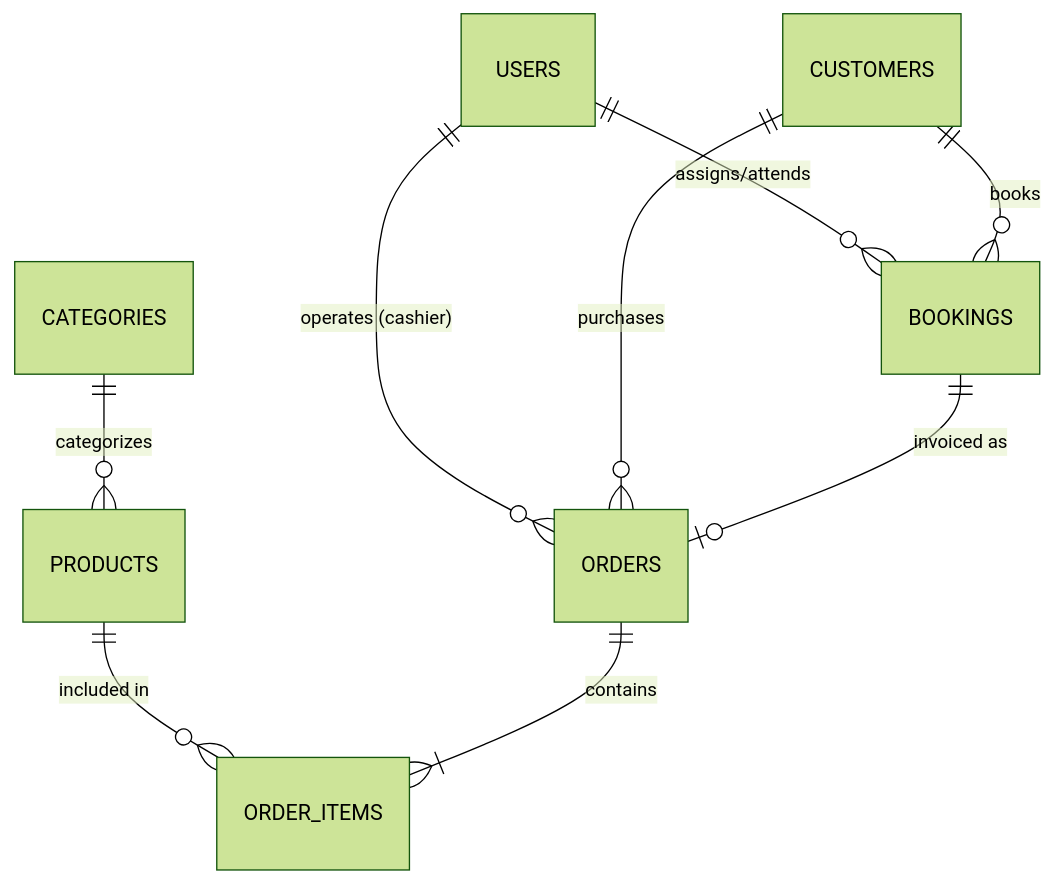
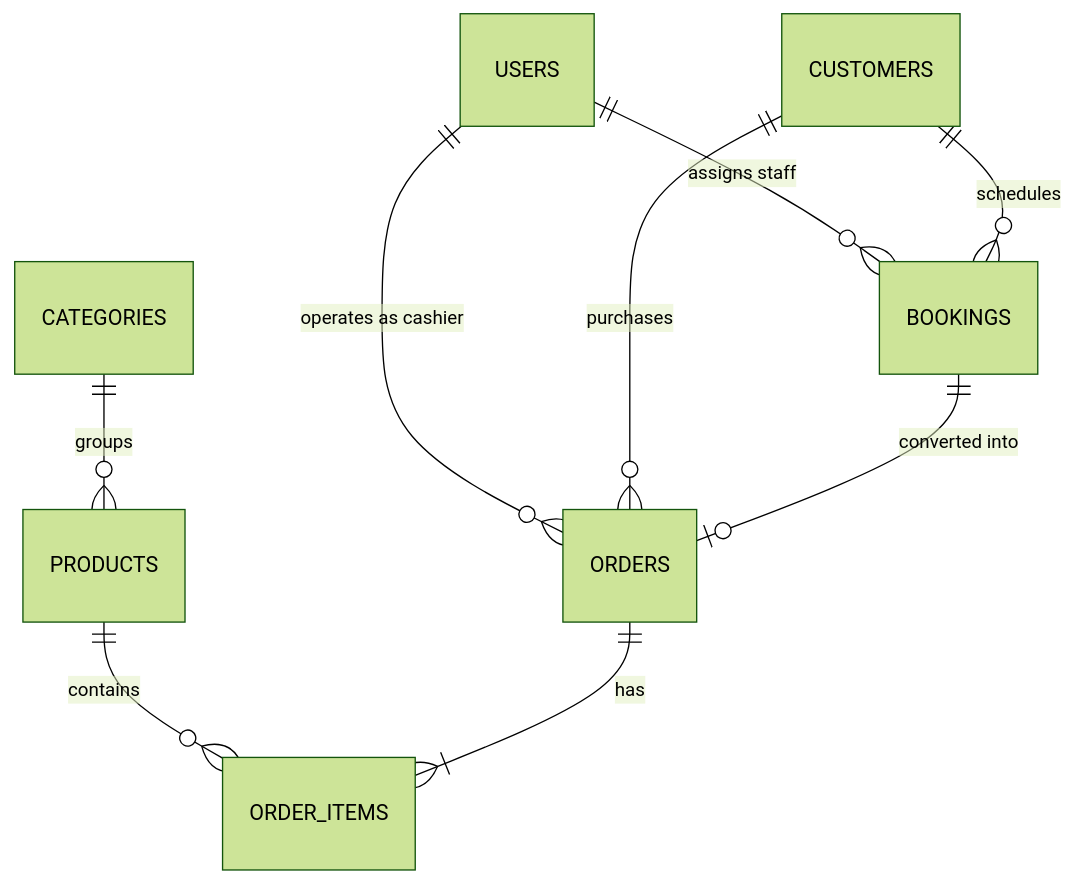
One commit to Damar2121/laravel-pos-booking changed the diagram in README.md. Above: the diagram before and after it, drawn with Mermaid (forest theme). The commit also changed other lines of this file and 3 other files, not shown here.

````diff
--- a/README.md
+++ b/README.md
@@ -140,11 +165,11 @@
 ```mermaid
 erDiagram
-    USERS ||--o{ BOOKINGS : "assigns/attends"
-    USERS ||--o{ ORDERS : "operates (cashier)"
-    CUSTOMERS ||--o{ BOOKINGS : "books"
+    USERS ||--o{ BOOKINGS : "assigns staff"
+    USERS ||--o{ ORDERS : "operates as cashier"
+    CUSTOMERS ||--o{ BOOKINGS : "schedules"
     CUSTOMERS ||--o{ ORDERS : "purchases"
-    CATEGORIES ||--o{ PRODUCTS : "categorizes"
-    PRODUCTS ||--o{ ORDER_ITEMS : "included in"
-    ORDERS ||--|{ ORDER_ITEMS : "contains"
-    BOOKINGS ||--o| ORDERS : "invoiced as"
+    CATEGORIES ||--o{ PRODUCTS : "groups"
+    PRODUCTS ||--o{ ORDER_ITEMS : "contains"
+    ORDERS ||--|{ ORDER_ITEMS : "has"
+    BOOKINGS ||--o| ORDERS : "converted into"
 ```
````
